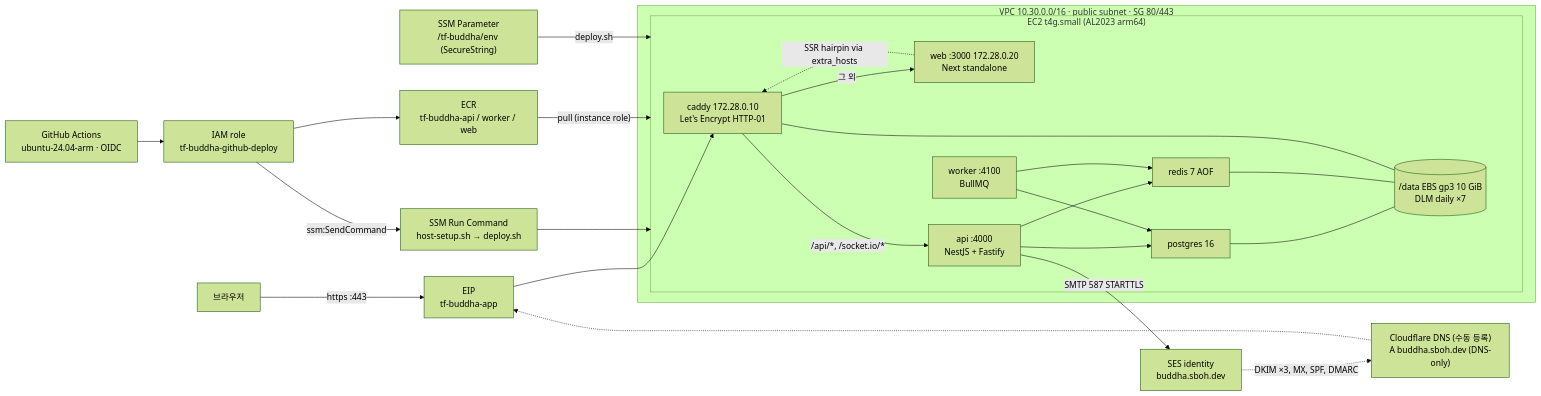
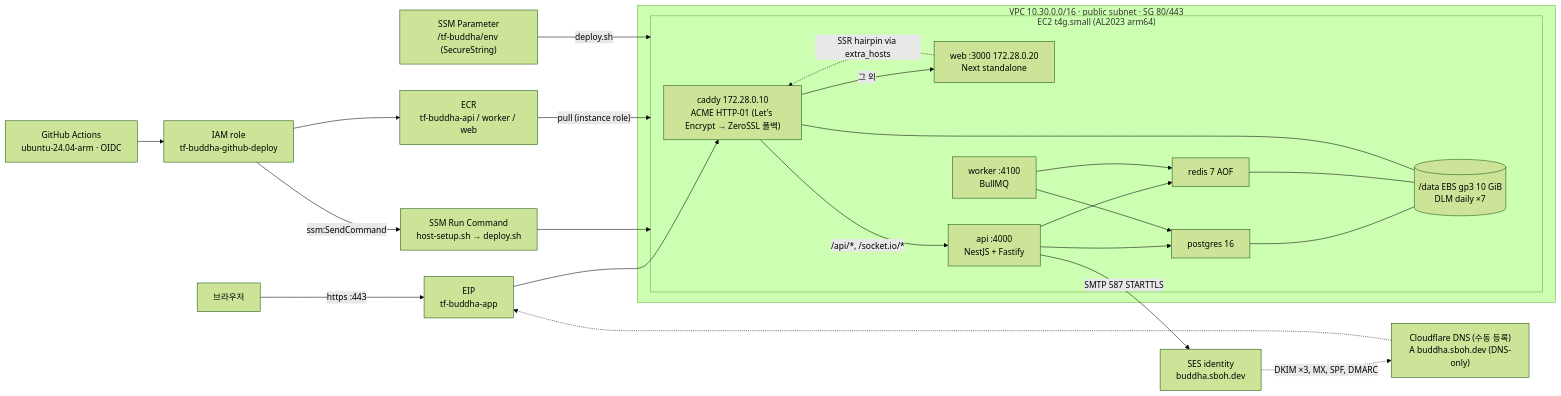
The diagram in terraform/README.md (sboh1214/sw04-buddha), drawn with Mermaid (forest theme) before and after one commit. The commit also changed other lines of this file and 5 other files, not shown here.

First line of the commit message:
fix(deploy): Caddy에서 acme_ca를 빼고 기본 발급자 사슬(Let's Encrypt → ZeroSSL 폴백)을 쓴다 - 첫 배포가 LE 원격 검증 장애로 몇 시간 막혔다

````diff
--- a/terraform/README.md
+++ b/terraform/README.md
@@ -25,38 +25,38 @@
 ```mermaid
 flowchart LR
   User["브라우저"] -->|"https :443"| EIP["EIP<br/>tf-buddha-app"]
   CF["Cloudflare DNS (수동 등록)<br/>A buddha.sboh.dev (DNS-only)"] -.-> EIP
 
   subgraph VPC["VPC 10.30.0.0/16 · public subnet · SG 80/443"]
     subgraph EC2["EC2 t4g.small (AL2023 arm64)"]
-      Caddy["caddy 172.28.0.10<br/>Let's Encrypt HTTP-01"]
+      Caddy["caddy 172.28.0.10<br/>ACME HTTP-01 (Let's Encrypt → ZeroSSL 폴백)"]
       Web["web :3000 172.28.0.20<br/>Next standalone"]
       Api["api :4000<br/>NestJS + Fastify"]
       Worker["worker :4100<br/>BullMQ"]
       PG["postgres 16"]
       Redis["redis 7 AOF"]
       Data[("/data EBS gp3 10 GiB<br/>DLM daily ×7")]
     end
   end
 
   EIP --> Caddy
   Caddy -->|"/api/*, /socket.io/*"| Api
   Caddy -->|"그 외"| Web
   Web -.->|"SSR hairpin via extra_hosts"| Caddy
   Api --> PG
   Api --> Redis
   Worker --> PG
   Worker --> Redis
   PG --- Data
   Redis --- Data
   Caddy --- Data
 
   GH["GitHub Actions<br/>ubuntu-24.04-arm · OIDC"] --> Role["IAM role<br/>tf-buddha-github-deploy"]
   Role --> ECR["ECR<br/>tf-buddha-api / worker / web"]
   Role -->|"ssm:SendCommand"| SSMRun["SSM Run Command<br/>host-setup.sh → deploy.sh"]
   SSMRun --> EC2
   ECR -->|"pull (instance role)"| EC2
   Param["SSM Parameter<br/>/tf-buddha/env (SecureString)"] -->|"deploy.sh"| EC2
   Api -->|"SMTP 587 STARTTLS"| SES["SES identity<br/>buddha.sboh.dev"]
   SES -.->|"DKIM ×3, MX, SPF, DMARC"| CF
 ```
````
